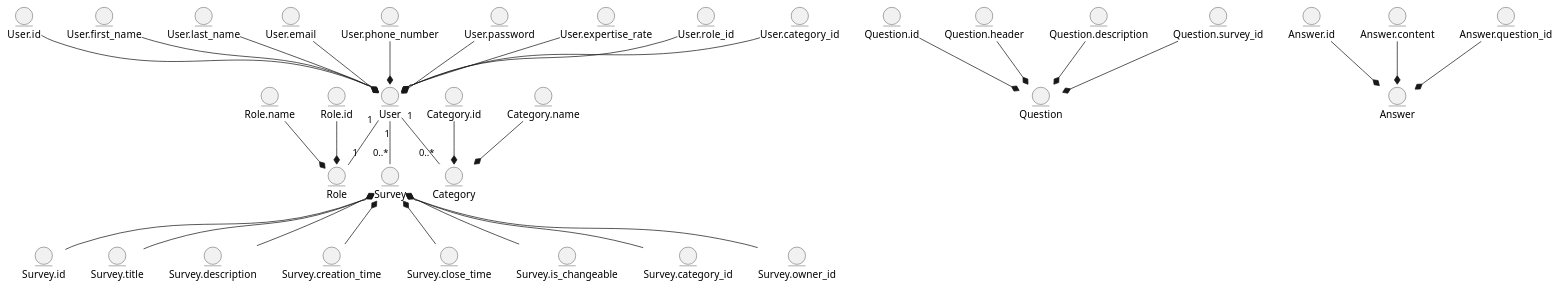
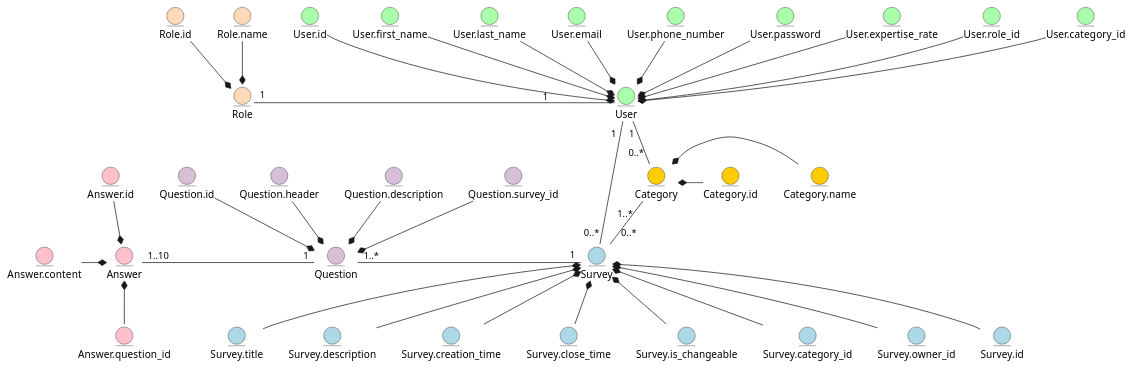
One commit to generalmaks/db_labs changed the diagram in docs/design.md. Above: the diagram before and after it, drawn with PlantUML.

Commit message:
Added relationships and design to design.md

````diff
--- a/docs/design.md
+++ b/docs/design.md
@@ -10,43 +10,43 @@
 ```plantuml
 @startuml
 
-entity User
-entity User.id
-entity User.first_name
-entity User.last_name
-entity User.email
-entity User.phone_number
-entity User.password
-entity User.expertise_rate
-entity User.role_id
-entity User.category_id
+entity User #aaffaa
+entity User.id #aaffaa
+entity User.first_name #aaffaa
+entity User.last_name #aaffaa
+entity User.email #aaffaa
+entity User.phone_number #aaffaa
+entity User.password #aaffaa
+entity User.expertise_rate #aaffaa
+entity User.role_id #aaffaa
+entity User.category_id #aaffaa
 
-User.id --* User
-User.first_name --* User
-User.last_name --* User
-User.email --* User
-User.phone_number --* User
-User.password --* User
-User.expertise_rate --* User
-User.role_id --* User
-User.category_id --* User
+User.id -d-* User 
+User.first_name -d-* User
+User.last_name -d-* User
+User.email -d-* User
+User.phone_number -d-* User
+User.password -d-* User
+User.expertise_rate -d-* User
+User.role_id -d-* User
+User.category_id -d-* User
 
-entity Role
-entity Role.id
-entity Role.name
+entity Role #FFDAB9
+entity Role.id #FFDAB9
+entity Role.name #FFDAB9
 
 Role.id --* Role
 Role.name --* Role
 
-entity Survey
-entity Survey.id
-entity Survey.title
-entity Survey.description
-entity Survey.creation_time
-entity Survey.close_time
-entity Survey.is_changeable
-entity Survey.category_id
-entity Survey.owner_id
+entity Survey #ADD8E6
+entity Survey.id #ADD8E6
+entity Survey.title #ADD8E6
+entity Survey.description #ADD8E6
+entity Survey.creation_time #ADD8E6
+entity Survey.close_time #ADD8E6
+entity Survey.is_changeable #ADD8E6
+entity Survey.category_id #ADD8E6
+entity Survey.owner_id #ADD8E6
 
 Survey.id -u-* Survey
 Survey.title -u-* Survey
@@ -57,36 +57,40 @@
 Survey.is_changeable -u-* Survey
 Survey.owner_id -u-* Survey
 
-entity Question
-entity Question.id
-entity Question.header
-entity Question.description
-entity Question.survey_id
+entity Question #D8BFD8
+entity Question.id #D8BFD8
+entity Question.header #D8BFD8
+entity Question.description #D8BFD8
+entity Question.survey_id #D8BFD8
 
 Question.id --* Question
 Question.header --* Question
 Question.description --* Question
 Question.survey_id --* Question
 
-entity Answer
-entity Answer.id
-entity Answer.content
-entity Answer.question_id
+entity Answer #FFC0CB
+entity Answer.id #FFC0CB
+entity Answer.content #FFC0CB
+entity Answer.question_id #FFC0CB
 
-Answer.id --* Answer
-Answer.content --* Answer
-Answer.question_id --* Answer
+Answer.id -d-* Answer 
+Answer.content -r-* Answer
+Answer.question_id -u-* Answer
 
-entity Category
-entity Category.id
-entity Category.name
+entity Category #FFCC00
+entity Category.id #FFCC00
+entity Category.name #FFCC00
 
-Category.id --* Category
-Category.name --* Category
+Category.id -l-* Category
+Category.name -l-* Category
 
-User "1" -- "0..*" Survey
-User "1" -- "1" Role
-User "1" -- "0..*" Category
+User "1  " -- "0..*" Survey
+User "1                         " -l- "1" Role
+User "1" -- "0..* " Category
+Question "1..*" -r- "1" Survey
+Answer "1..10" -r- "1" Question
+Category "1..*  " -- "  0..*" Survey
+  
 
 @enduml
 ```
````
